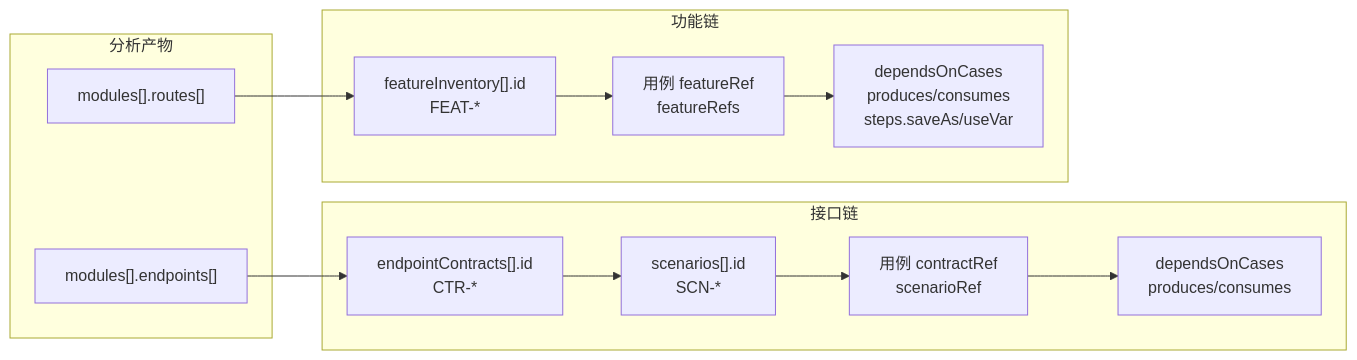
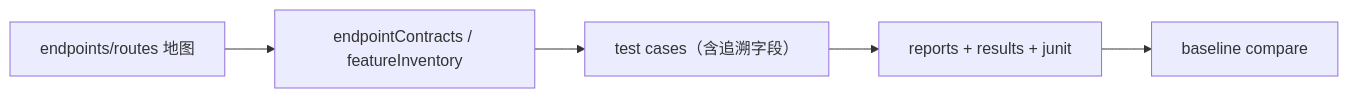
Before and after one commit to MakaCove/ai-test-pipeline: the second of 2 diagrams in 架构与流程.md, drawn with Mermaid. The commit also changed other lines of this file and 46 other files, not shown here.

````diff
--- a/架构与流程.md
+++ b/架构与流程.md
@@ -273,23 +151,10 @@
 ```mermaid
 flowchart LR
-    subgraph 分析产物
-        E["modules[].endpoints[]"]
-        R["modules[].routes[]"]
-    end
+    E["endpoints/routes 地图"]
+    C["endpointContracts / featureInventory"]
+    T["test cases（含追溯字段）"]
+    R["reports + results + junit"]
+    B["baseline compare"]
 
-    subgraph 接口链
-        CTR["endpointContracts[].id<br/>CTR-*"]
-        SCN["scenarios[].id<br/>SCN-*"]
-        TC_API["用例 contractRef<br/>scenarioRef"]
-        CH_API["dependsOnCases<br/>produces/consumes"]
-    end
-
-    subgraph 功能链
-        FEAT["featureInventory[].id<br/>FEAT-*"]
-        TC_FUNC["用例 featureRef<br/>featureRefs"]
-        CH_FUNC["dependsOnCases<br/>produces/consumes<br/>steps.saveAs/useVar"]
-    end
-
-    E --> CTR --> SCN --> TC_API --> CH_API
-    R --> FEAT --> TC_FUNC --> CH_FUNC
+    E --> C --> T --> R --> B
 ```
````
